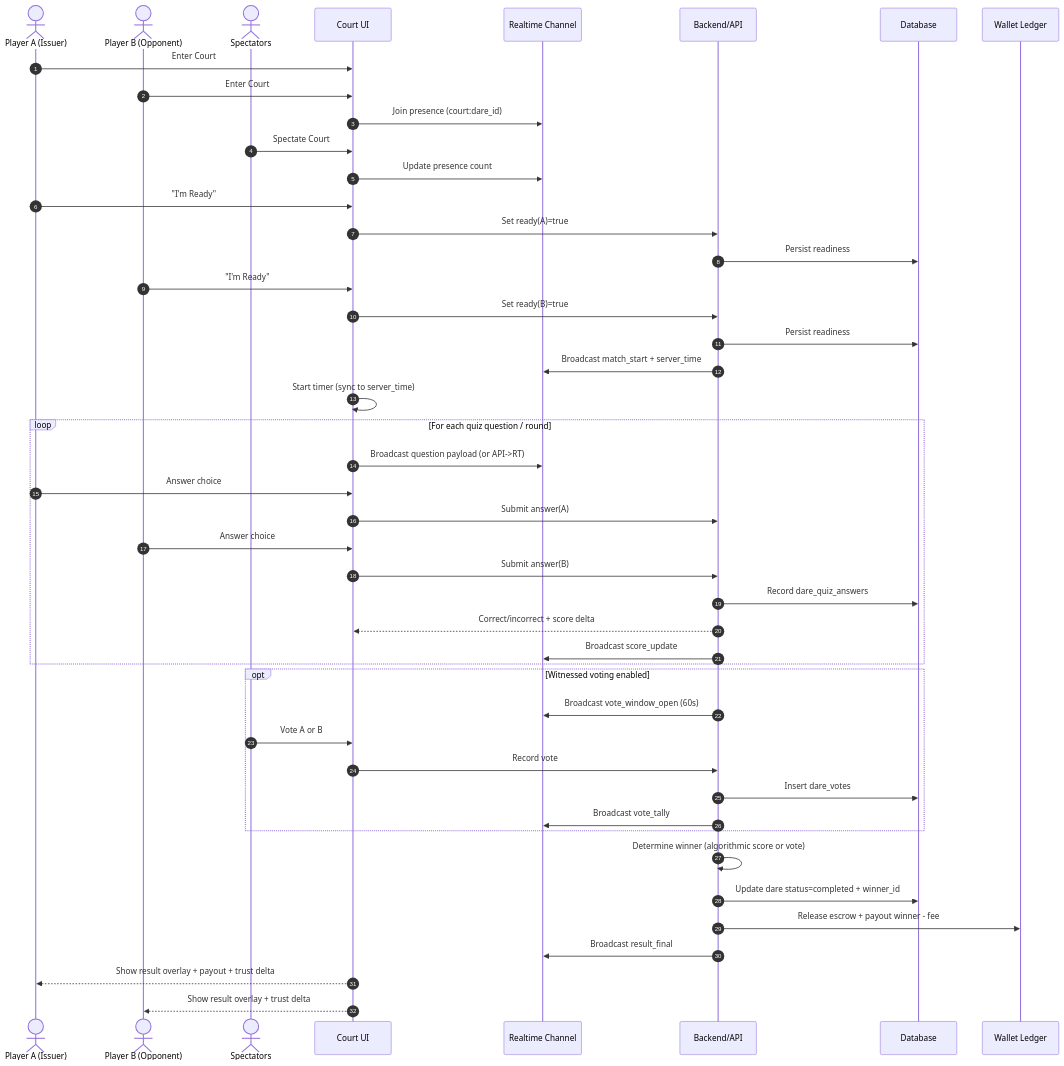
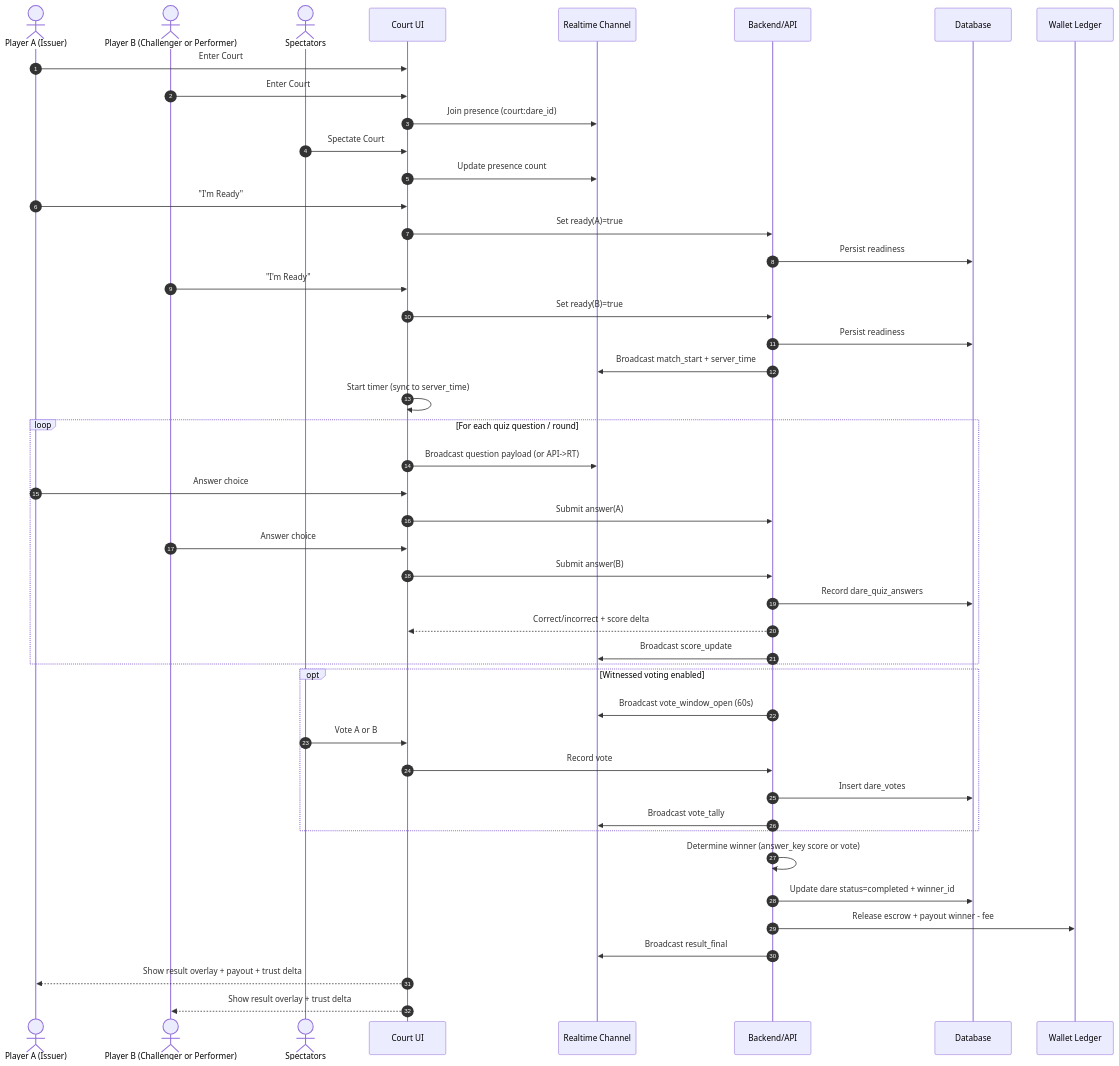
The third of 7 diagrams in deep-research-report.md (dare-mvp/dare), drawn with Mermaid before and after one commit. The commit also changed other lines of this file and 147 other files, not shown here.

````diff
--- a/deep-research-report.md
+++ b/deep-research-report.md
@@ -189,54 +191,54 @@
 ```mermaid
 sequenceDiagram
   autonumber
   actor A as Player A (Issuer)
-  actor B as Player B (Opponent)
+  actor B as Player B (Challenger or Performer)
   actor S as Spectators
   participant SPA as Court UI
   participant RT as Realtime Channel
   participant API as Backend/API
   participant DB as Database
   participant WAL as Wallet Ledger
 
   A->>SPA: Enter Court
   B->>SPA: Enter Court
   SPA->>RT: Join presence (court:dare_id)
   S->>SPA: Spectate Court
   SPA->>RT: Update presence count
 
   A->>SPA: "I'm Ready"
   SPA->>API: Set ready(A)=true
   API->>DB: Persist readiness
   B->>SPA: "I'm Ready"
   SPA->>API: Set ready(B)=true
   API->>DB: Persist readiness
 
   API->>RT: Broadcast match_start + server_time
   SPA->>SPA: Start timer (sync to server_time)
 
   loop For each quiz question / round
     SPA->>RT: Broadcast question payload (or API->RT)
     A->>SPA: Answer choice
     SPA->>API: Submit answer(A)
     B->>SPA: Answer choice
     SPA->>API: Submit answer(B)
     API->>DB: Record dare_quiz_answers
     API-->>SPA: Correct/incorrect + score delta
     API->>RT: Broadcast score_update
   end
 
   opt Witnessed voting enabled
     API->>RT: Broadcast vote_window_open (60s)
     S->>SPA: Vote A or B
     SPA->>API: Record vote
     API->>DB: Insert dare_votes
     API->>RT: Broadcast vote_tally
   end
 
-  API->>API: Determine winner (algorithmic score or vote)
+  API->>API: Determine winner (answer_key score or vote)
   API->>DB: Update dare status=completed + winner_id
   API->>WAL: Release escrow + payout winner - fee
   API->>RT: Broadcast result_final
   SPA-->>A: Show result overlay + payout + trust delta
   SPA-->>B: Show result overlay + trust delta
 ```
````
